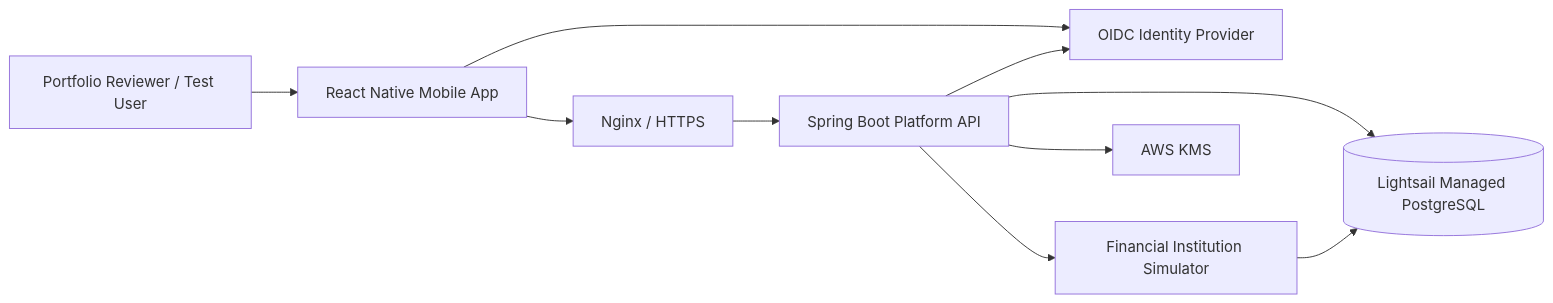
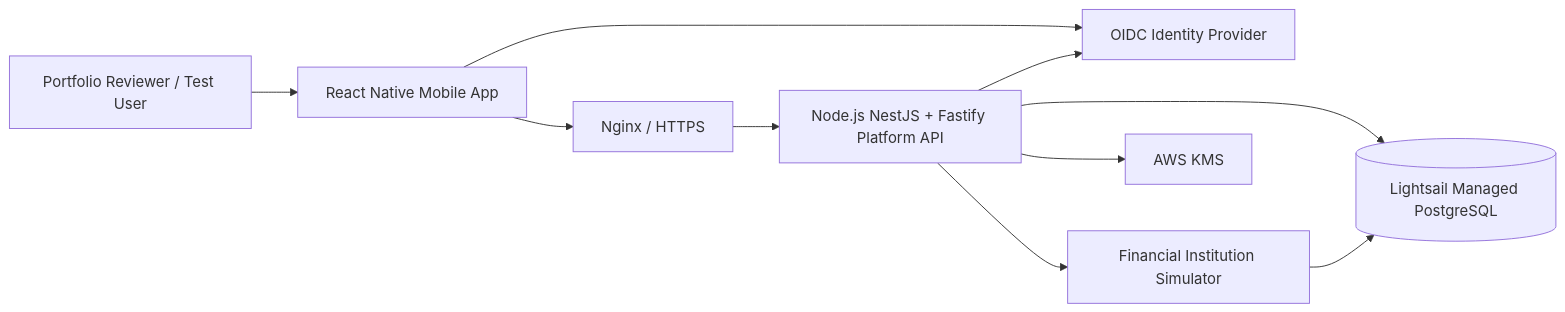
The first of 5 diagrams in docs/Financial_app_CODEX_DETAILED_IMPLEMENTATION_SPEC.md (CodingBot000/FinancialApp), drawn with Mermaid before and after one commit. The commit also changed other lines of this file and 18 other files, not shown here.

Commit message:
docs(m0): establish Node architecture guide [DEV-0003]

````diff
--- a/docs/Financial_app_CODEX_DETAILED_IMPLEMENTATION_SPEC.md
+++ b/docs/Financial_app_CODEX_DETAILED_IMPLEMENTATION_SPEC.md
@@ -377,21 +378,21 @@
 ```mermaid
 flowchart LR
     U[Portfolio Reviewer / Test User]
     M[React Native Mobile App]
     I[OIDC Identity Provider]
-    A[Spring Boot Platform API]
+    A[Node.js NestJS + Fastify Platform API]
     S[Financial Institution Simulator]
     D[(Lightsail Managed PostgreSQL)]
     K[AWS KMS]
     N[Nginx / HTTPS]
 
     U --> M
     M --> I
     M --> N
     N --> A
     A --> I
     A --> S
     A --> D
     A --> K
     S --> D
 ```
````
